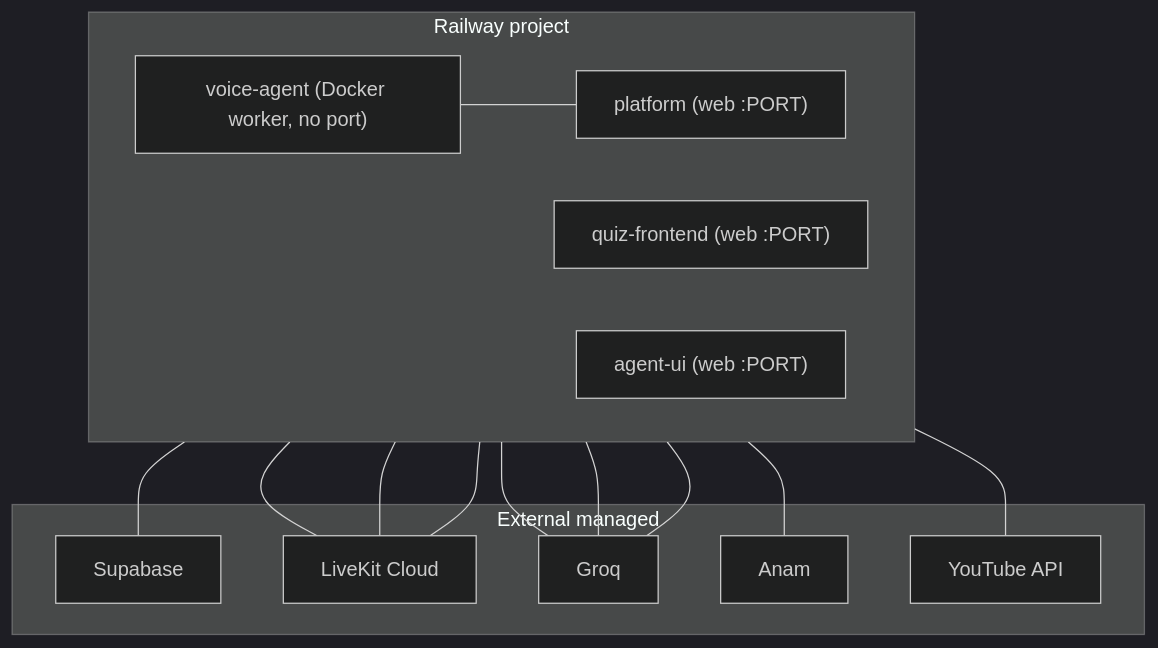
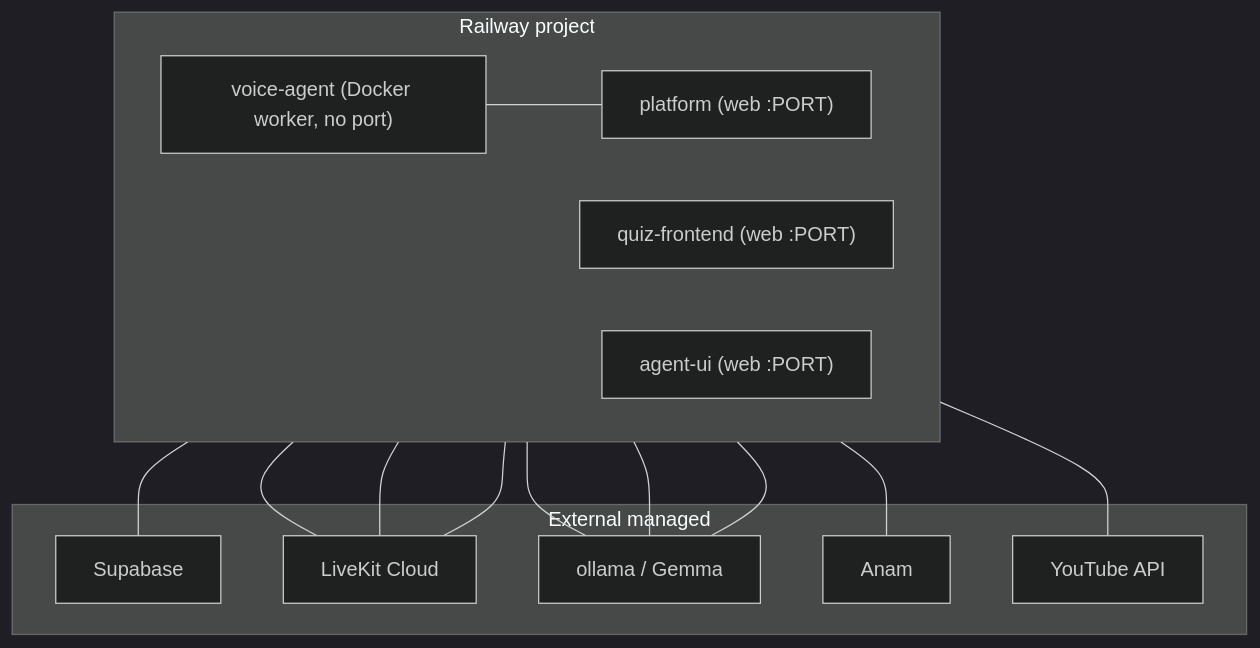
The sixth of 6 diagrams in a.md (Git0Chetan/Qore_AI_1), drawn with Mermaid (dark theme) before and after one commit. The commit also changed other lines of this file, not shown here.

Commit message:
Replace Groq with Ollama/Gemma in documentation

````diff
--- a/a.md
+++ b/a.md
@@ -241,27 +241,27 @@
 ```mermaid
 flowchart TB
   subgraph RW["Railway project"]
     direction LR
     s1["platform (web :PORT)"]
     s2["quiz-frontend (web :PORT)"]
     s3["agent-ui (web :PORT)"]
     s4["voice-agent (Docker worker, no port)"]
   end
   subgraph EXT["External managed"]
     sb["Supabase"]
     lk["LiveKit Cloud"]
-    gq["Groq"]
+    gq["ollama / Gemma "]
     an["Anam"]
     yt["YouTube API"]
   end
   s1 --- sb
   s1 --- gq
   s1 --- lk
   s1 --- yt
   s2 --- gq
   s3 --- lk
   s4 --- lk
   s4 --- gq
   s4 --- an
   s4 --- s1
 ```
````
